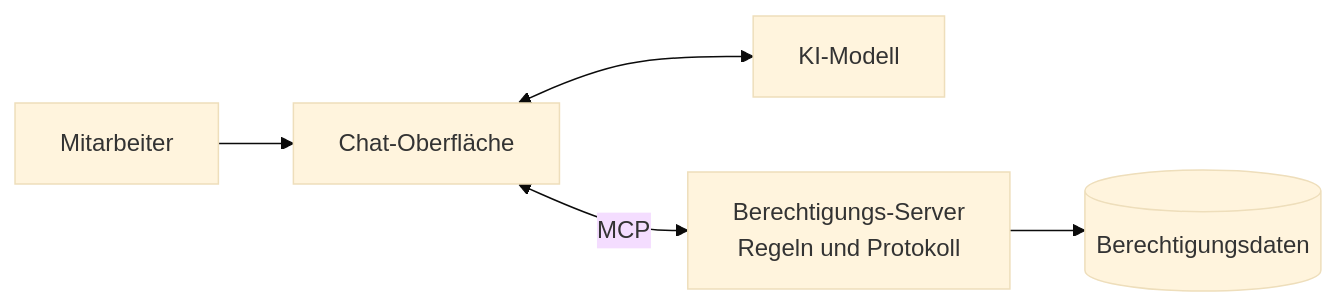
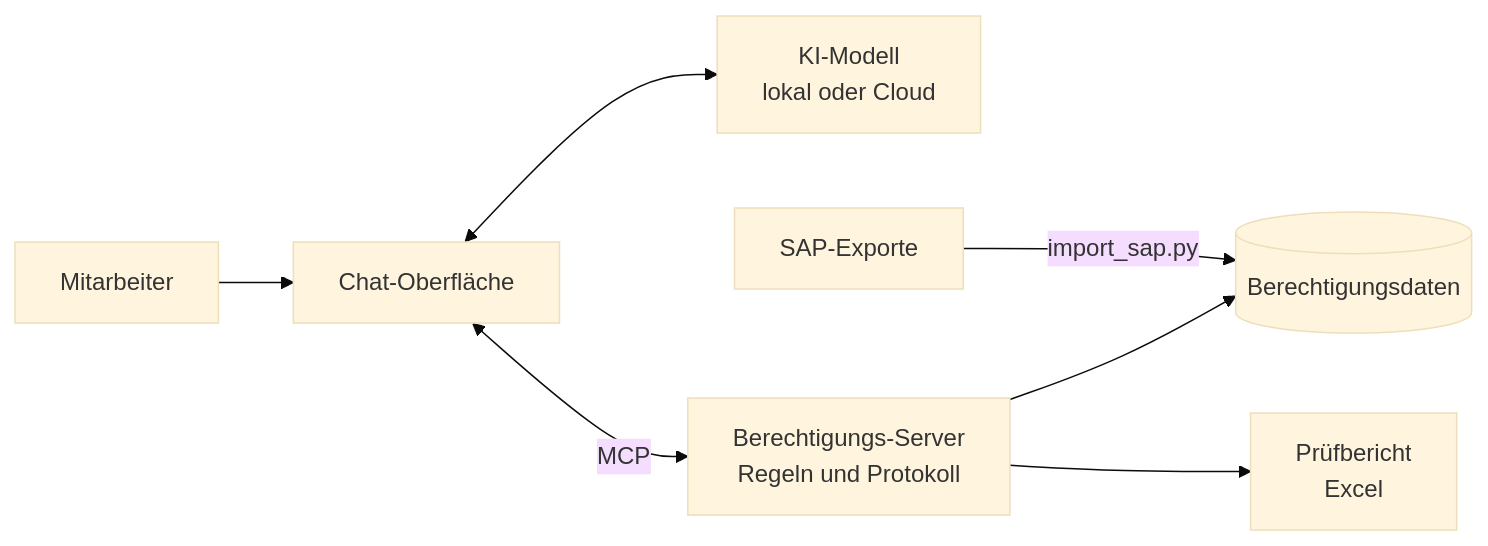
Before and after one commit to oemer-systems/sap-auth-mcp: the second of 2 diagrams in README.md, drawn with Mermaid (base theme). The commit also changed other lines of this file, not shown here.

````diff
--- a/README.md
+++ b/README.md
@@ -95,7 +150,9 @@
 ```mermaid
 flowchart LR
     U[Mitarbeiter] --> A[Chat-Oberfläche]
-    A <--> K[KI-Modell]
+    A <--> K[KI-Modell<br>lokal oder Cloud]
     A <-->|MCP| S[Berechtigungs-Server<br>Regeln und Protokoll]
     S --> D[(Berechtigungsdaten)]
+    E[SAP-Exporte] -->|import_sap.py| D
+    S --> B[Prüfbericht<br>Excel]
 ```
````
